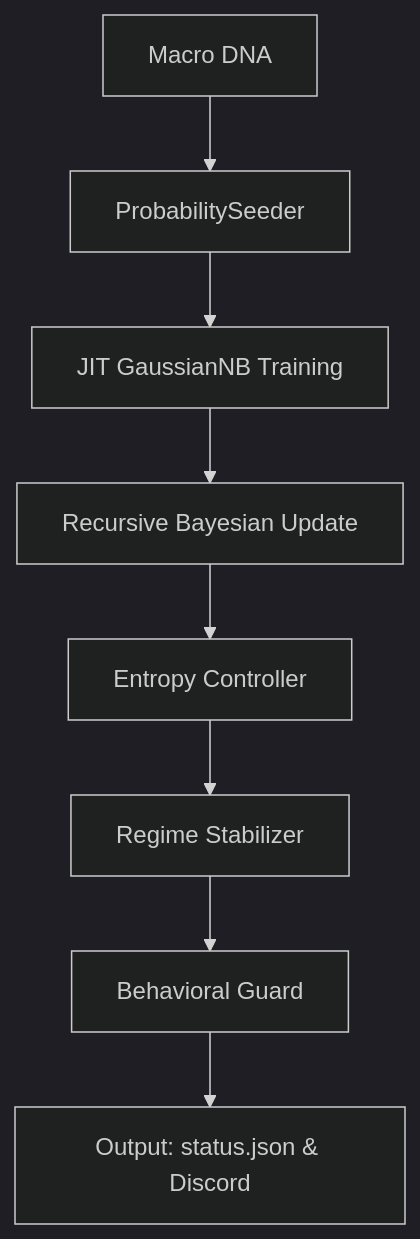
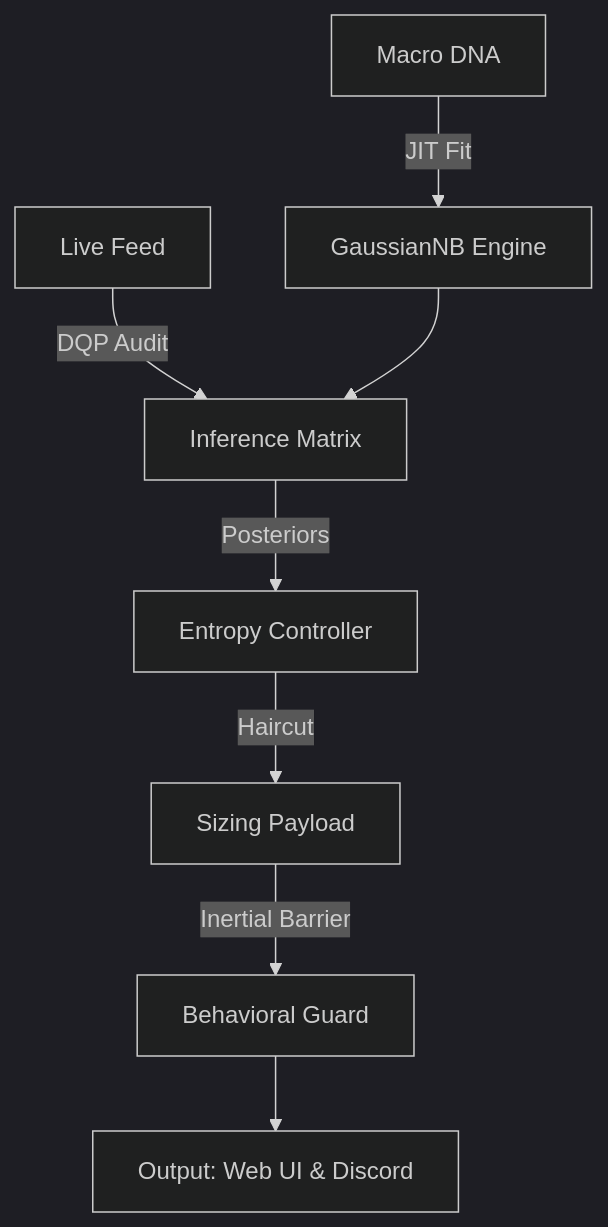
The diagram in README.md (yutaofr/qqq-buyer-monitor), drawn with Mermaid (dark theme) before and after one commit. The commit also changed other lines of this file and 1 other file, not shown here.

Commit message:
Refresh README for v11.5 audit baseline

````diff
--- a/README.md
+++ b/README.md
@@ -51,10 +52,10 @@
 ```mermaid
 graph TD
-    A[Macro DNA] --> B[ProbabilitySeeder]
-    B --> C[JIT GaussianNB Training]
-    C --> D[Recursive Bayesian Update]
-    D --> E[Entropy Controller]
-    E --> F[Regime Stabilizer]
-    F --> G[Behavioral Guard]
-    G --> H[Output: status.json & Discord]
+    A[Macro DNA] -->|JIT Fit| B[GaussianNB Engine]
+    C[Live Feed] -->|DQP Audit| D[Inference Matrix]
+    B --> D
+    D -->|Posteriors| E[Entropy Controller]
+    E -->|Haircut| F[Sizing Payload]
+    F -->|Inertial Barrier| G[Behavioral Guard]
+    G --> H[Output: Web UI & Discord]
 ```
````
